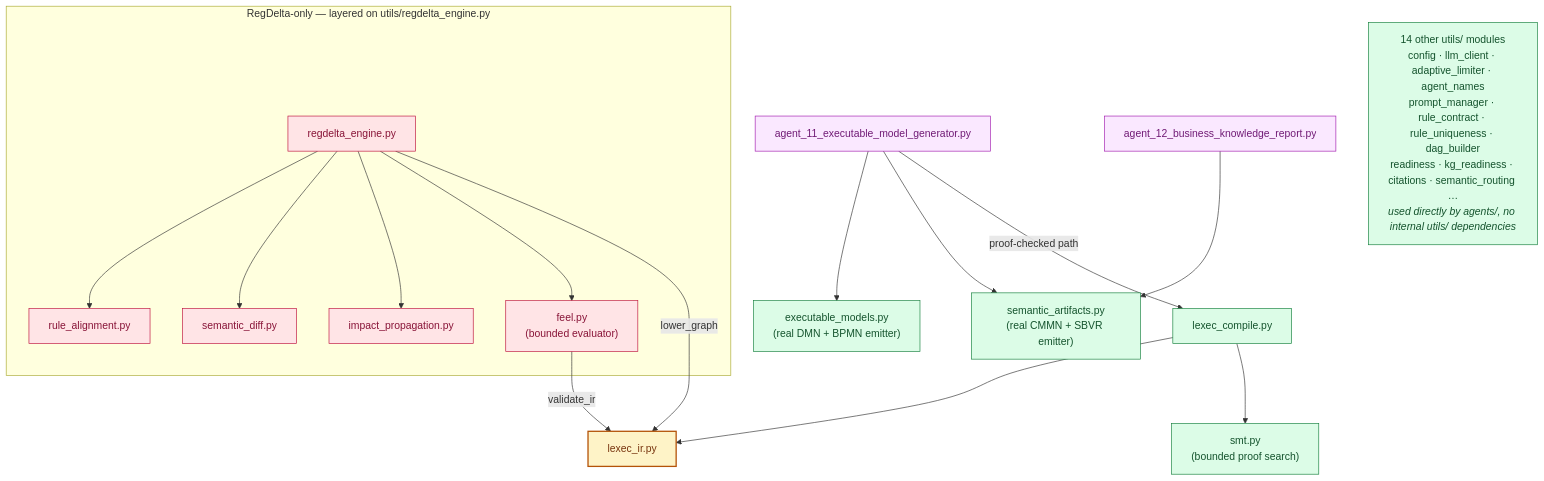
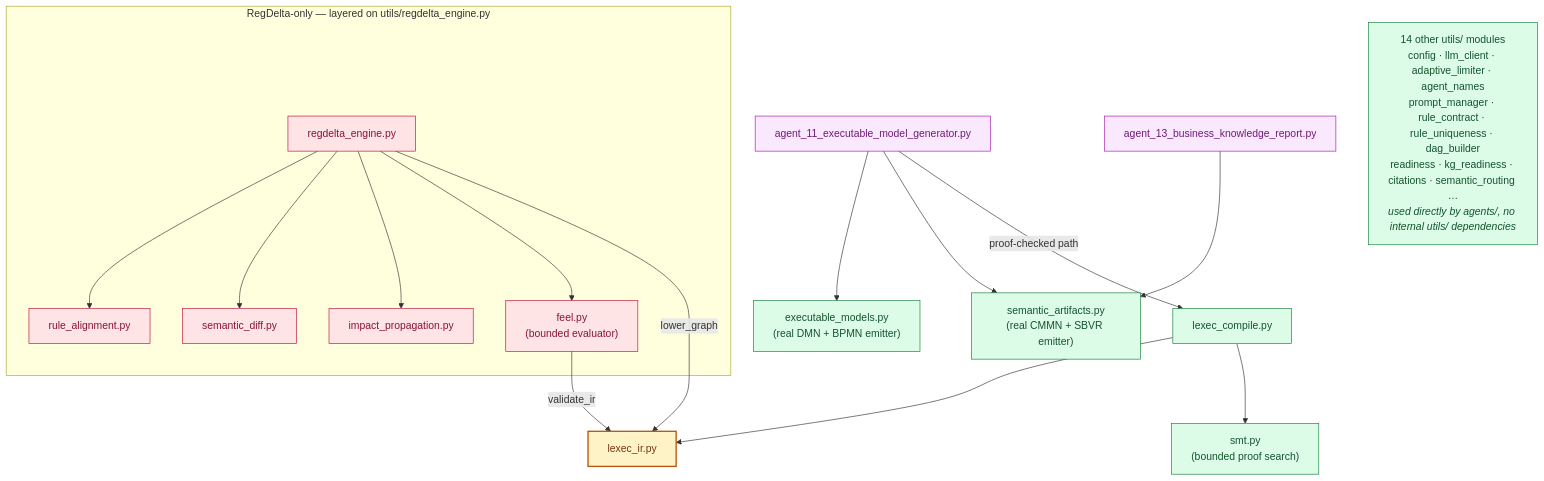
The third of 5 diagrams in ARCHITECTURE.md (rrahimi-uci/policy-logic-forge), drawn with Mermaid before and after one commit. The commit also changed other lines of this file and 4 other files, not shown here.

````diff
--- a/ARCHITECTURE.md
+++ b/ARCHITECTURE.md
@@ -531,40 +589,40 @@
 ```mermaid
 flowchart TB
     classDef pipeline fill:#fae8ff,stroke:#a21caf,color:#701a75,stroke-width:1px
     classDef core fill:#dcfce7,stroke:#15803d,color:#14532d,stroke-width:1px
     classDef hub fill:#fef3c7,stroke:#b45309,color:#78350f,stroke-width:2px
     classDef regdelta fill:#ffe4e6,stroke:#be123c,color:#881337,stroke-width:1px
 
     A11["agent_11_executable_model_generator.py"]:::pipeline
-    A12["agent_12_business_knowledge_report.py"]:::pipeline
+    A12["agent_13_business_knowledge_report.py"]:::pipeline
 
     EM["executable_models.py<br/>(real DMN + BPMN emitter)"]:::core
     SA["semantic_artifacts.py<br/>(real CMMN + SBVR emitter)"]:::core
     LC["lexec_compile.py"]:::core
     IR["lexec_ir.py"]:::hub
     SMT["smt.py<br/>(bounded proof search)"]:::core
 
     OTHER["14 other utils/ modules<br/>config · llm_client · adaptive_limiter · agent_names<br/>prompt_manager · rule_contract · rule_uniqueness · dag_builder<br/>readiness · kg_readiness · citations · semantic_routing …<br/><i>used directly by agents/, no internal utils/ dependencies</i>"]:::core
 
     A11 --> EM
     A11 --> SA
     A12 --> SA
     A11 -->|"proof-checked path"| LC
     LC --> IR
     LC --> SMT
 
     subgraph RD["RegDelta-only — layered on utils/regdelta_engine.py"]
         RE["regdelta_engine.py"]:::regdelta
         RA["rule_alignment.py"]:::regdelta
         SD["semantic_diff.py"]:::regdelta
         IP["impact_propagation.py"]:::regdelta
         FEEL["feel.py<br/>(bounded evaluator)"]:::regdelta
     end
 
     RE --> RA
     RE --> SD
     RE --> IP
     RE --> FEEL
     RE -->|"lower_graph"| IR
     FEEL -->|"validate_ir"| IR
 ```
````
